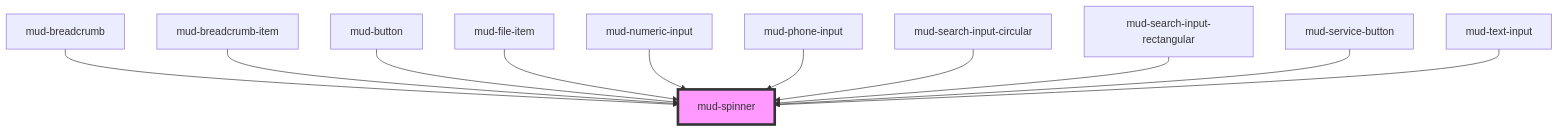
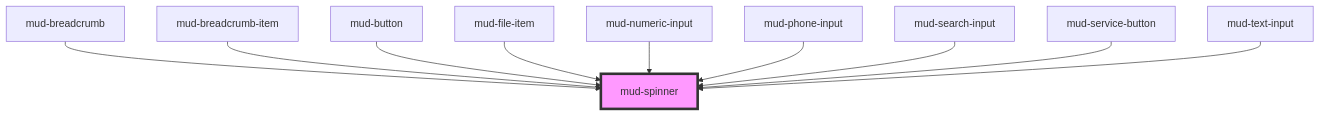
Before and after one commit to egov-moldova/design-system: the diagram in src/components/mud-spinner/readme.md, drawn with Mermaid. The commit also changed other lines of this file and 28 other files, not shown here.

Commit message:
feature: Create mud-search-input component that correspond with figma

````diff
--- a/src/components/mud-spinner/readme.md
+++ b/src/components/mud-spinner/readme.md
@@ -40,14 +39,13 @@
 ```mermaid
 graph TD;
   mud-breadcrumb --> mud-spinner
   mud-breadcrumb-item --> mud-spinner
   mud-button --> mud-spinner
   mud-file-item --> mud-spinner
   mud-numeric-input --> mud-spinner
   mud-phone-input --> mud-spinner
-  mud-search-input-circular --> mud-spinner
-  mud-search-input-rectangular --> mud-spinner
+  mud-search-input --> mud-spinner
   mud-service-button --> mud-spinner
   mud-text-input --> mud-spinner
   style mud-spinner fill:#f9f,stroke:#333,stroke-width:4px
 ```
````
